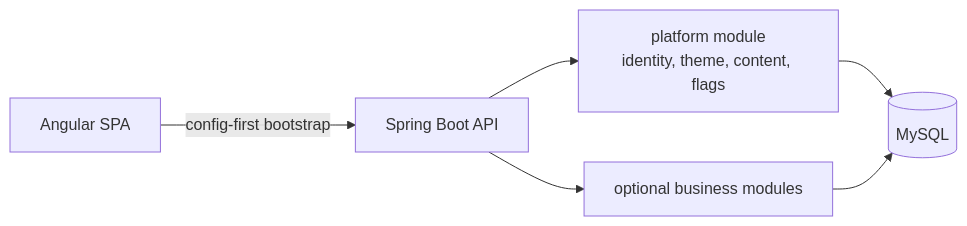
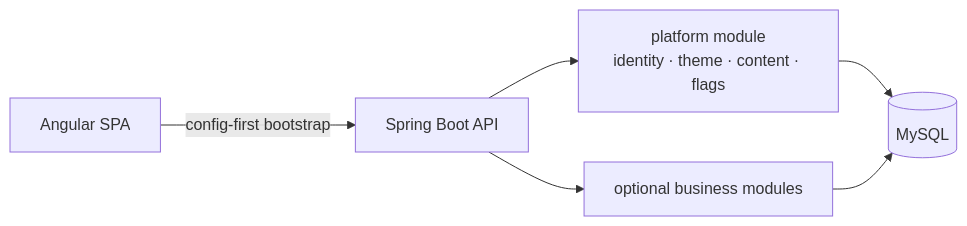
One commit to FerS00/VantageEngine changed the diagram in README.md. Above: the diagram before and after it, drawn with Mermaid. The commit also changed other lines of this file, not shown here.

````diff
--- a/README.md
+++ b/README.md
@@ -31,8 +25,8 @@
 ```mermaid
 flowchart LR
     SPA[Angular SPA] -->|config-first bootstrap| API[Spring Boot API]
-    API --> PLATFORM[platform module<br/>identity, theme, content, flags]
+    API --> PLATFORM[platform module<br/>identity · theme · content · flags]
     API --> MODULES[optional business modules]
     PLATFORM --> DB[(MySQL)]
     MODULES --> DB
 ```
````
